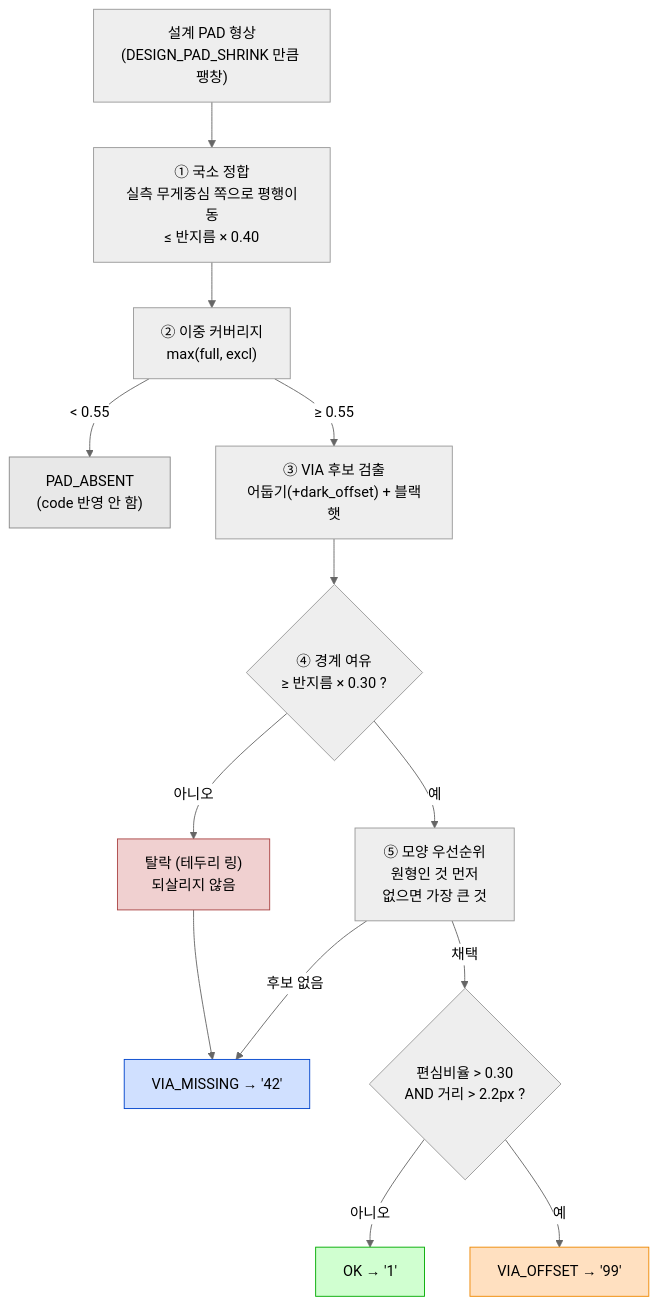
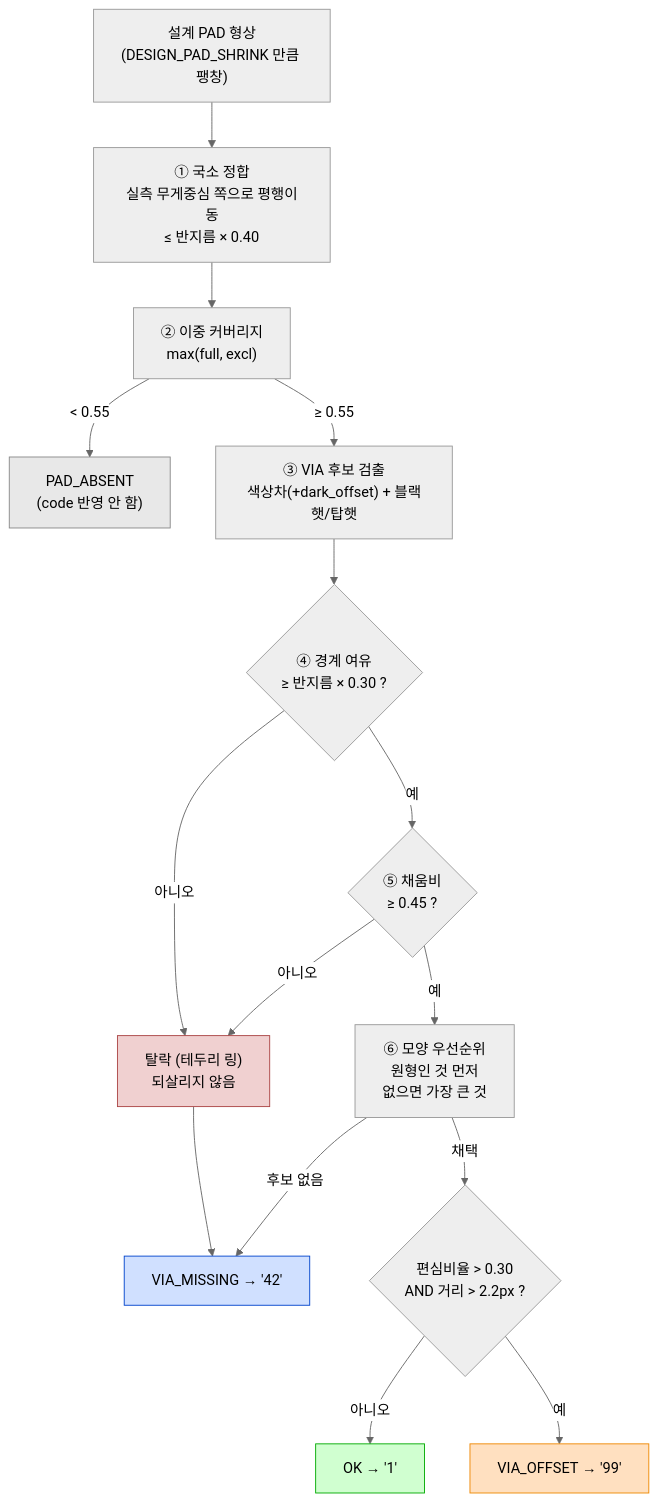
The fifth of 5 diagrams in README.md (NS-DDC/pad-via-inspector), drawn with Mermaid (neutral theme) before and after one commit. The commit also changed other lines of this file and 4 other files, not shown here.

````diff
--- a/README.md
+++ b/README.md
@@ -843,22 +846,24 @@
 ```mermaid
 flowchart TD
     A["설계 PAD 형상<br/>(DESIGN_PAD_SHRINK 만큼 팽창)"] --> B["① 국소 정합<br/>실측 무게중심 쪽으로 평행이동<br/>≤ 반지름 × 0.40"]
     B --> C["② 이중 커버리지<br/>max(full, excl)"]
     C -->|"< 0.55"| ABS["PAD_ABSENT<br/>(code 반영 안 함)"]
-    C -->|"≥ 0.55"| D["③ VIA 후보 검출<br/>어둡기(+dark_offset) + 블랙햇"]
+    C -->|"≥ 0.55"| D["③ VIA 후보 검출<br/>색상차(+dark_offset) + 블랙햇/탑햇"]
     D --> R{"④ 경계 여유<br/>≥ 반지름 × 0.30 ?"}
     R -->|아니오| X["탈락 (테두리 링)<br/>되살리지 않음"]
-    R -->|예| S["⑤ 모양 우선순위<br/>원형인 것 먼저<br/>없으면 가장 큰 것"]
+    R -->|예| FR{"⑤ 채움비<br/>≥ 0.45 ?"}
+    FR -->|아니오| X
+    FR -->|예| S["⑥ 모양 우선순위<br/>원형인 것 먼저<br/>없으면 가장 큰 것"]
     S -->|후보 없음| M["VIA_MISSING → '42'"]
     S -->|채택| E
     X --> M
     E{"편심비율 > 0.30<br/>AND 거리 > 2.2px ?"}
     E -->|아니오| OK["OK → '1'"]
     E -->|예| OFF["VIA_OFFSET → '99'"]
 
     style ABS fill:#e8e8e8,stroke:#888
     style M fill:#d0e0ff,stroke:#04c
     style X fill:#f0d0d0,stroke:#a44
     style OFF fill:#ffe0c0,stroke:#e80
     style OK fill:#d0ffd0,stroke:#0a0
 ```
````
